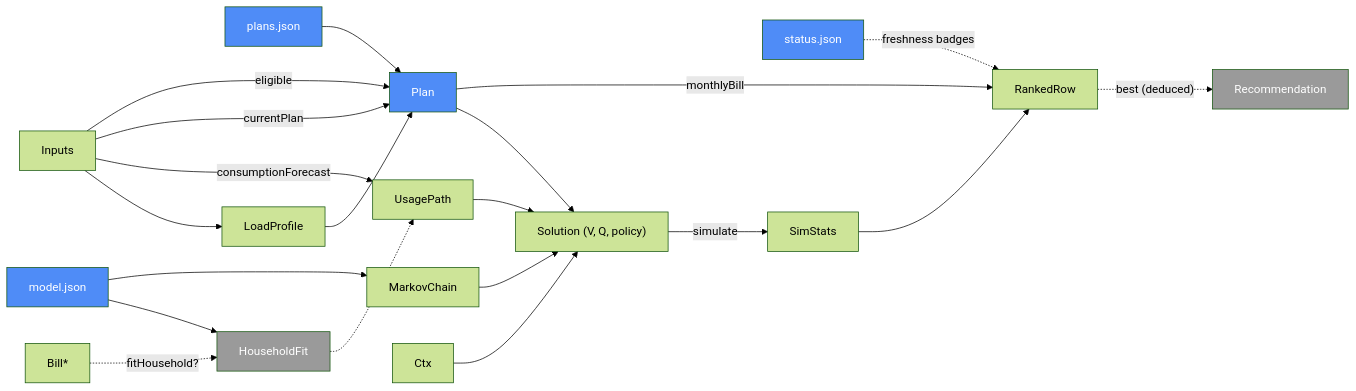
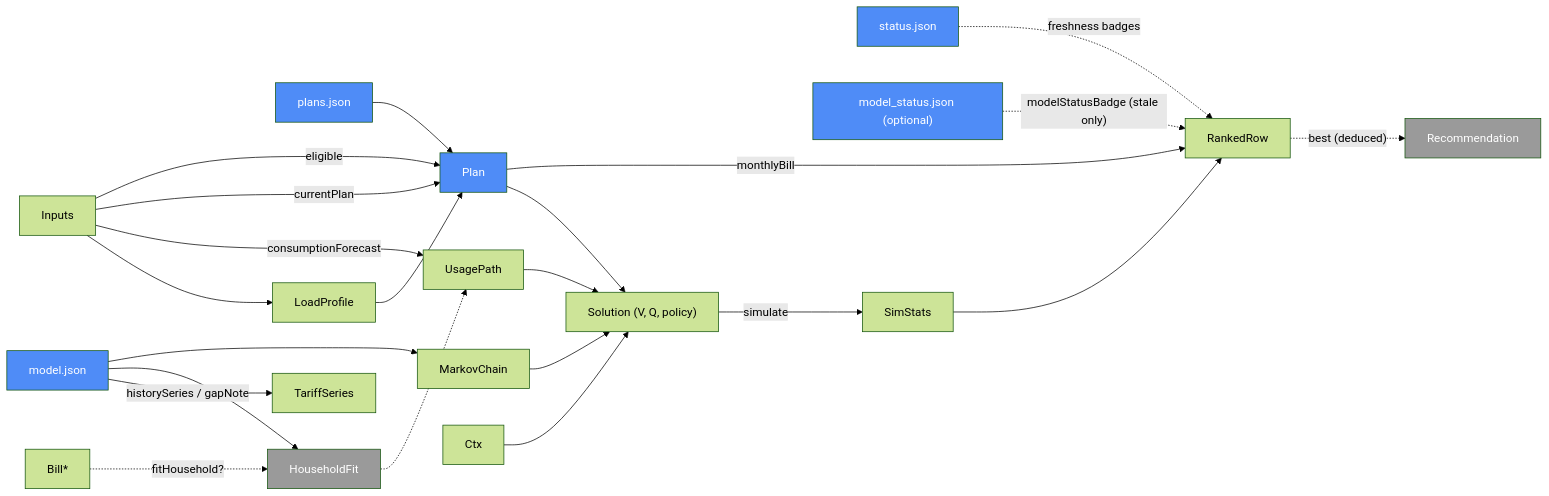
Before and after one commit to sescc/electricity-oemsg-picker: the diagram in docs/site/ARCHITECTURE.md, drawn with Mermaid (forest theme). The commit also changed other lines of this file and 48 other files, not shown here.

````diff
--- a/docs/site/ARCHITECTURE.md
+++ b/docs/site/ARCHITECTURE.md
@@ -23,43 +23,48 @@
 ```mermaid
 graph LR
     PJ["plans.json"]
     SJ["status.json"]
     MJ["model.json"]
+    MS["model_status.json (optional)"]
+    Hist["TariffSeries"]
     Inp["Inputs"]
     Bills["Bill*"]
     HF["HouseholdFit"]
     Use["UsagePath"]
     Plan["Plan"]
     Prof["LoadProfile"]
     Chain["MarkovChain"]
     Ctx["Ctx"]
     Sol["Solution (V, Q, policy)"]
     Sim["SimStats"]
     Row["RankedRow"]
     Rec["Recommendation"]
     PJ --> Plan
     MJ --> Chain
     Inp -->|"eligible"| Plan
     Inp -->|"currentPlan"| Plan
     Bills -.->|"fitHousehold?"| HF
     MJ --> HF
     HF -.-> Use
     Inp -->|"consumptionForecast"| Use
     Inp --> Prof
     Plan -->|"monthlyBill"| Row
     Prof --> Plan
     Plan --> Sol
     Chain --> Sol
     Use --> Sol
     Ctx --> Sol
     Sol -->|"simulate"| Sim
     Sim --> Row
     Row -.->|"best (deduced)"| Rec
     SJ -.->|"freshness badges"| Row
+    MS -.->|"modelStatusBadge (stale only)"| Row
+    MJ -->|"historySeries / gapNote"| Hist
     style Plan fill:#4f8cf7,color:#fff
     style PJ fill:#4f8cf7,color:#fff
     style MJ fill:#4f8cf7,color:#fff
     style SJ fill:#4f8cf7,color:#fff
+    style MS fill:#4f8cf7,color:#fff
     style Rec fill:#9a9a9a,color:#fff
     style HF fill:#9a9a9a,color:#fff
 ```
````
